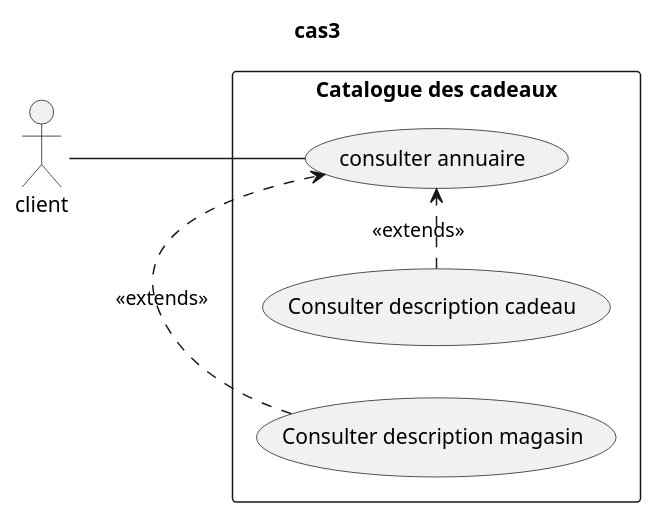
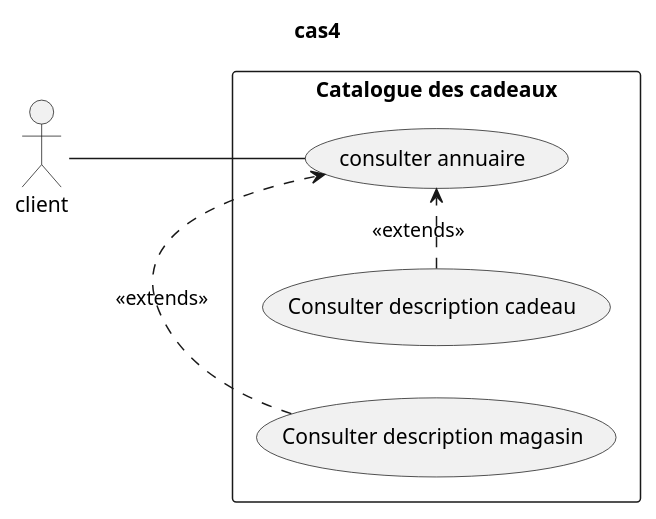
One commit to ZeroAbsolue/infidelite changed the fifth of 6 diagrams in Readme.puml. Above: the diagram before and after it, drawn with PlantUML. The commit also changed other lines of this file and 2 other files, not shown here.

Commit message:
Ajout du cas bonus d'infidelite

```diff
--- a/Readme.puml
+++ b/Readme.puml
@@ -105,17 +133,17 @@
 @startuml
-title cas3
+title cas4
 left to right direction
 
 actor client as C
 rectangle "Catalogue des cadeaux" {
     usecase "consulter annuaire" as UC1
     usecase "Consulter description cadeau" as UC2
     usecase "Consulter description magasin" as UC3
 
     UC2 .> UC1 : <<extends>>
     UC3 .> UC1 : <<extends>>
 
 }
 
 C -- UC1
 @enduml
```
